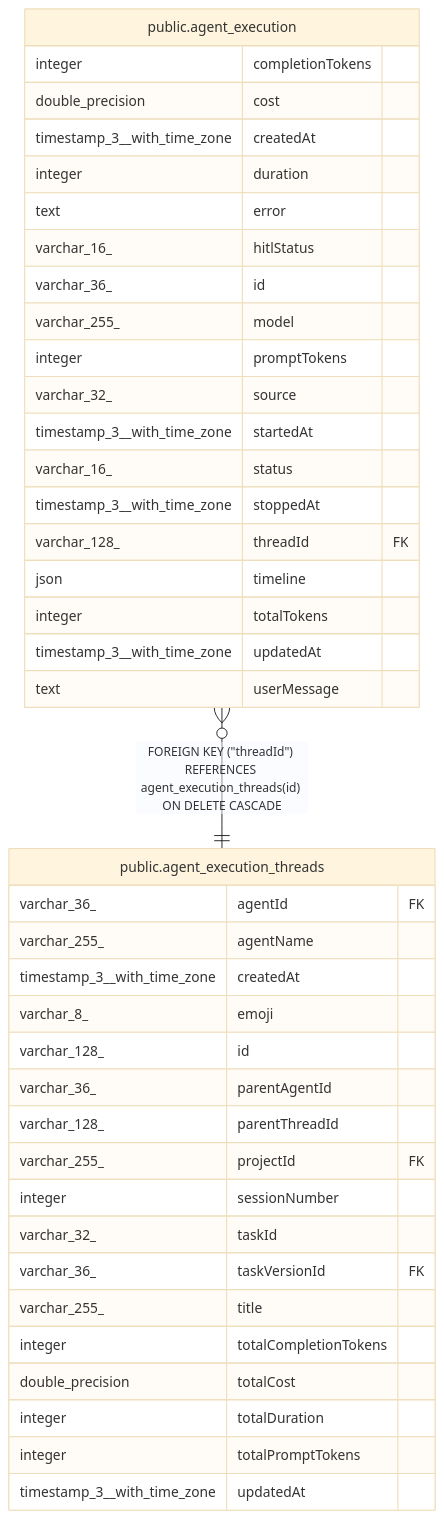
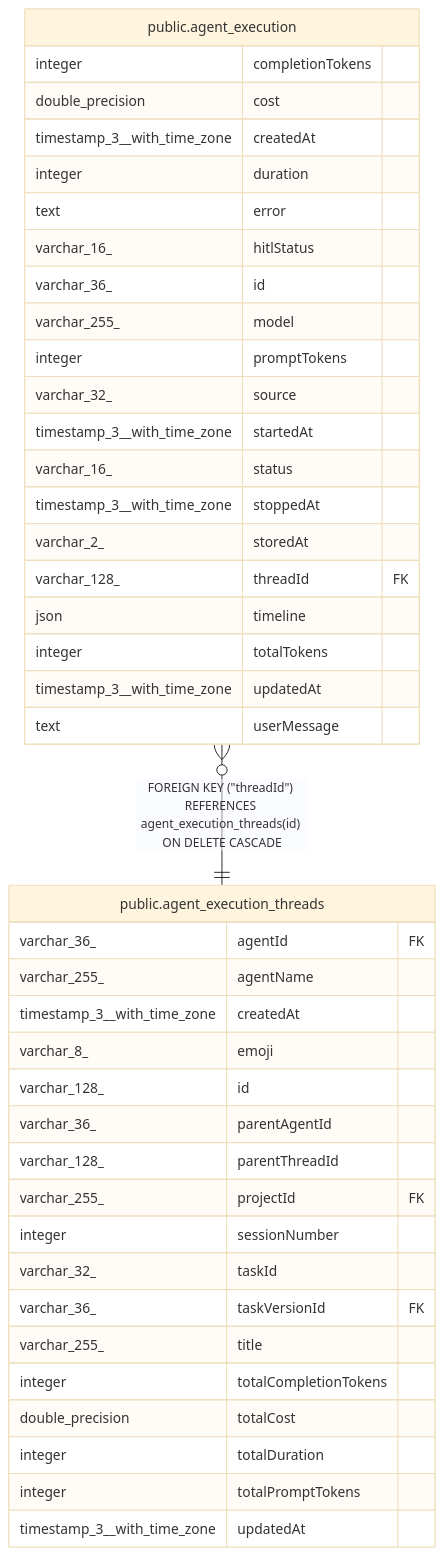
Before and after one commit to ggrace519/n8n: the diagram in docs/generated/postgres-schema/public.agent_execution.md, drawn with Mermaid (base theme). The commit also changed other lines of this file and 8 other files, not shown here.

````diff
--- a/docs/generated/postgres-schema/public.agent_execution.md
+++ b/docs/generated/postgres-schema/public.agent_execution.md
@@ -50,45 +53,46 @@
 ```mermaid
 erDiagram
 
 "public.agent_execution" }o--|| "public.agent_execution_threads" : "FOREIGN KEY (#quot;threadId#quot;) REFERENCES agent_execution_threads(id) ON DELETE CASCADE"
 
 "public.agent_execution" {
   integer completionTokens
   double_precision cost
   timestamp_3__with_time_zone createdAt
   integer duration
   text error
   varchar_16_ hitlStatus
   varchar_36_ id
   varchar_255_ model
   integer promptTokens
   varchar_32_ source
   timestamp_3__with_time_zone startedAt
   varchar_16_ status
   timestamp_3__with_time_zone stoppedAt
+  varchar_2_ storedAt
   varchar_128_ threadId FK
   json timeline
   integer totalTokens
   timestamp_3__with_time_zone updatedAt
   text userMessage
 }
 "public.agent_execution_threads" {
   varchar_36_ agentId FK
   varchar_255_ agentName
   timestamp_3__with_time_zone createdAt
   varchar_8_ emoji
   varchar_128_ id
   varchar_36_ parentAgentId
   varchar_128_ parentThreadId
   varchar_255_ projectId FK
   integer sessionNumber
   varchar_32_ taskId
   varchar_36_ taskVersionId FK
   varchar_255_ title
   integer totalCompletionTokens
   double_precision totalCost
   integer totalDuration
   integer totalPromptTokens
   timestamp_3__with_time_zone updatedAt
 }
 ```
````
